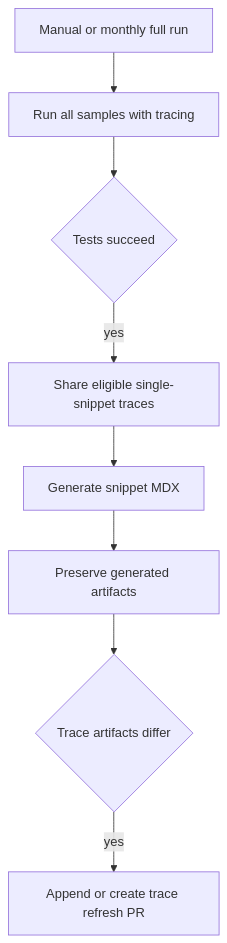
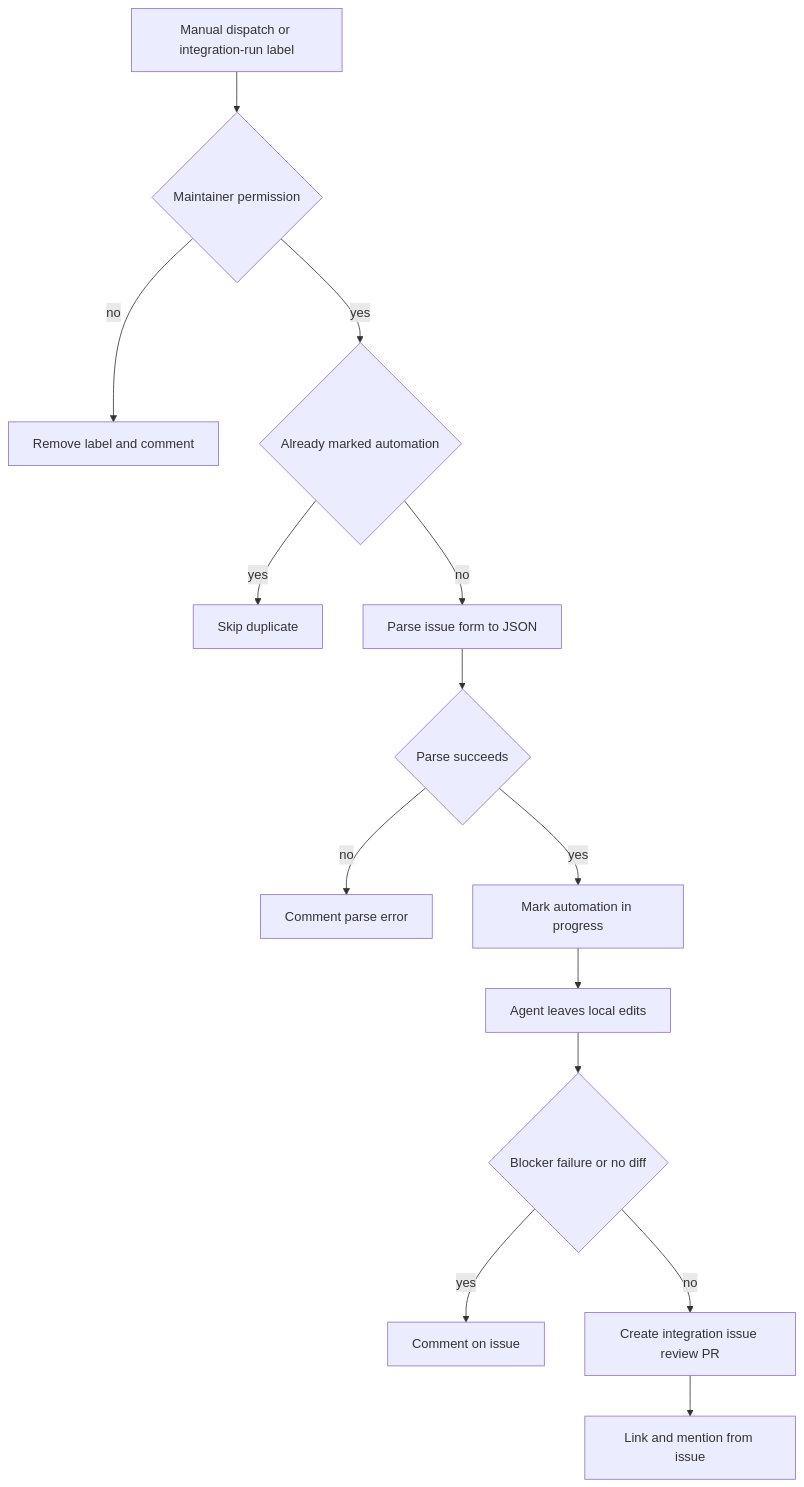
One commit to langchain-ai/docs changed the second of 3 diagrams in openwiki/integrations/github-actions.md. Above: the diagram before and after it, drawn with Mermaid. The commit also changed other lines of this file and 29 other files, not shown here.

````diff
--- a/openwiki/integrations/github-actions.md
+++ b/openwiki/integrations/github-actions.md
@@ -105,10 +109,16 @@
 ```mermaid
 flowchart TD
-  Run["Manual or monthly full run"] --> Test["Run all samples with tracing"]
-  Test --> TestOK{"Tests succeed"}
-  TestOK -->|"yes"| Share["Share eligible single-snippet traces"]
-  Share --> Snippets["Generate snippet MDX"]
-  Snippets --> Artifacts["Preserve generated artifacts"]
-  Artifacts --> Compare{"Trace artifacts differ"}
-  Compare -->|"yes"| Standing["Append or create trace refresh PR"]
+  Start["Manual dispatch or integration-run label"] --> Permission{"Maintainer permission"}
+  Permission -->|"no"| Reject["Remove label and comment"]
+  Permission -->|"yes"| Duplicate{"Already marked automation"}
+  Duplicate -->|"yes"| Stop["Skip duplicate"]
+  Duplicate -->|"no"| Parse["Parse issue form to JSON"]
+  Parse --> Parsed{"Parse succeeds"}
+  Parsed -->|"no"| ParseComment["Comment parse error"]
+  Parsed -->|"yes"| Mark["Mark automation in progress"]
+  Mark --> RunAgent["Agent leaves local edits"]
+  RunAgent --> Result{"Blocker failure or no diff"}
+  Result -->|"yes"| Report["Comment on issue"]
+  Result -->|"no"| Create["Create integration issue review PR"]
+  Create --> Link["Link and mention from issue"]
 ```
````
